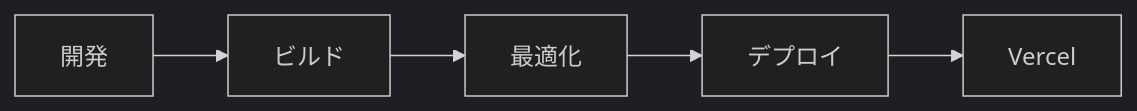
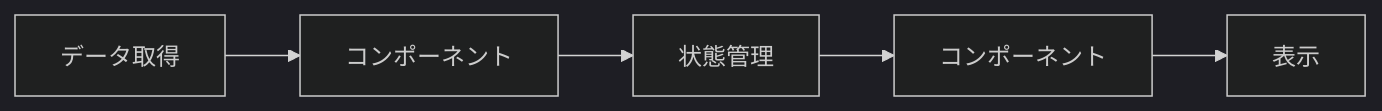
One commit to ManatoYamashita/manapuraza changed the first of 2 diagrams in README.md. Above: the diagram before and after it, drawn with Mermaid (dark theme). The commit also changed other lines of this file, not shown here.

````diff
--- a/README.md
+++ b/README.md
@@ -98,7 +97,7 @@
 ```mermaid
 graph LR
-    A[開発] --> B[ビルド]
-    B --> C[最適化]
-    C --> D[デプロイ]
-    D --> E[Vercel]
+    A[データ取得] --> B[コンポーネント]
+    B --> C[状態管理]
+    C --> D[コンポーネント]
+    D --> E[表示]
 ```
````
